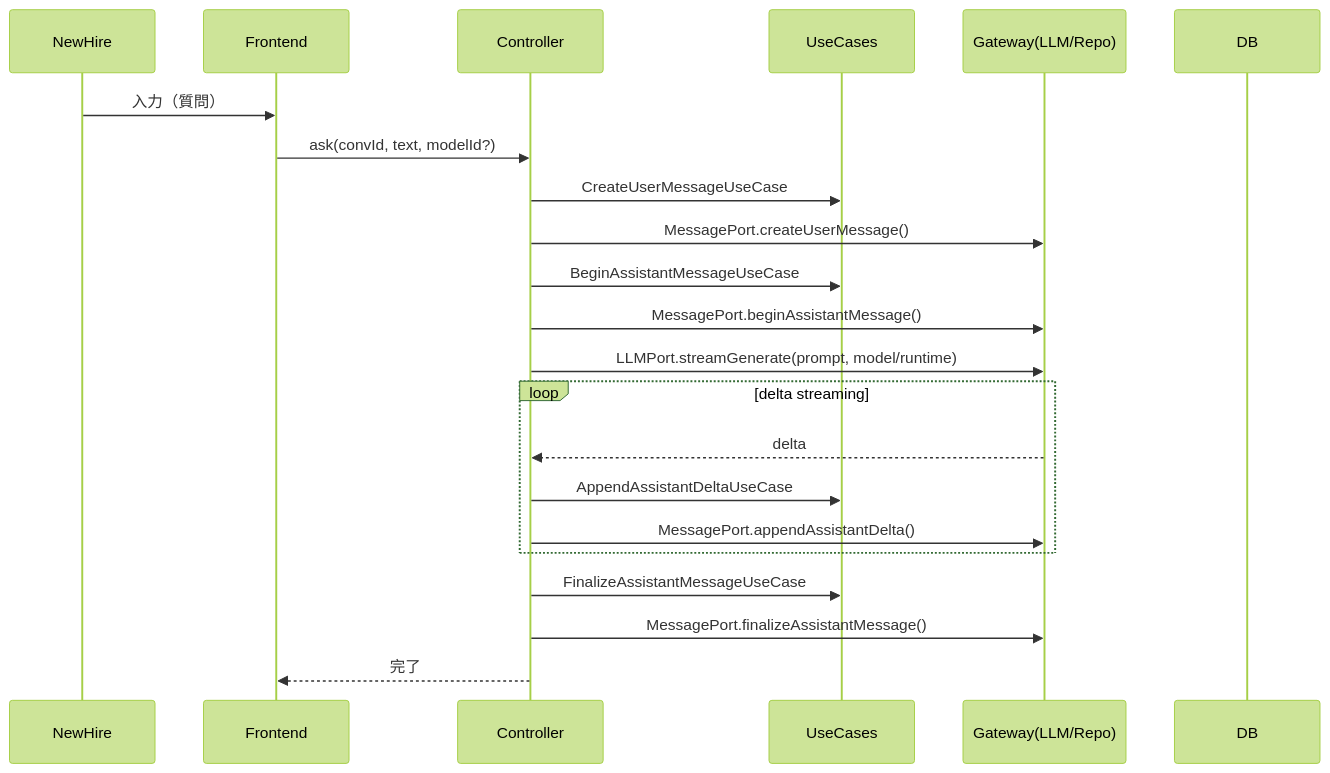
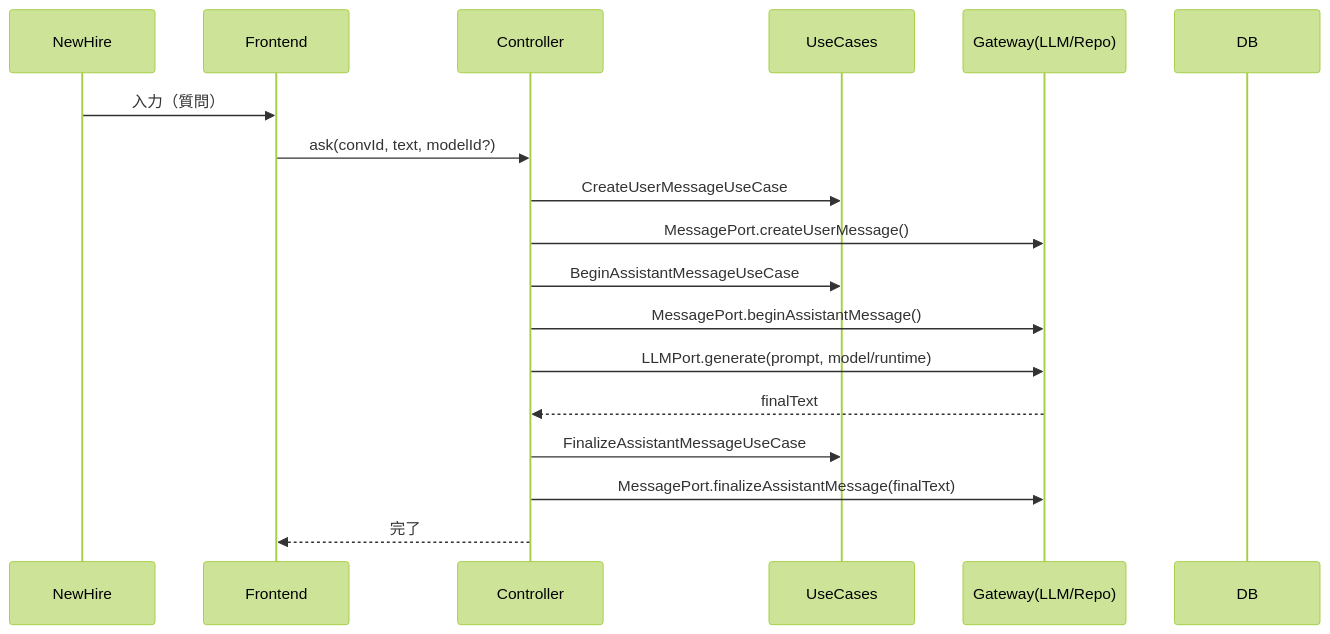
Before and after one commit to CHOI-0330/RetentionEngineView: the second of 3 diagrams in docs/仕様AII.md, drawn with Mermaid (forest theme). The commit also changed other lines of this file and 15 other files, not shown here.

````diff
--- a/docs/仕様AII.md
+++ b/docs/仕様AII.md
@@ -280,25 +279,21 @@
 ```mermaid
 sequenceDiagram
   participant NH as NewHire
   participant UI as Frontend
   participant CT as Controller
   participant UC as UseCases
   participant GW as Gateway(LLM/Repo)
   participant DB as DB
 
   NH->>UI: 入力（質問）
   UI->>CT: ask(convId, text, modelId?)
   CT->>UC: CreateUserMessageUseCase
   CT->>GW: MessagePort.createUserMessage()
   CT->>UC: BeginAssistantMessageUseCase
   CT->>GW: MessagePort.beginAssistantMessage()
-  CT->>GW: LLMPort.streamGenerate(prompt, model/runtime)
-  loop delta streaming
-    GW-->>CT: delta
-    CT->>UC: AppendAssistantDeltaUseCase
-    CT->>GW: MessagePort.appendAssistantDelta()
-  end
+  CT->>GW: LLMPort.generate(prompt, model/runtime)
+  GW-->>CT: finalText
   CT->>UC: FinalizeAssistantMessageUseCase
-  CT->>GW: MessagePort.finalizeAssistantMessage()
+  CT->>GW: MessagePort.finalizeAssistantMessage(finalText)
   CT-->>UI: 完了
 ```
````
